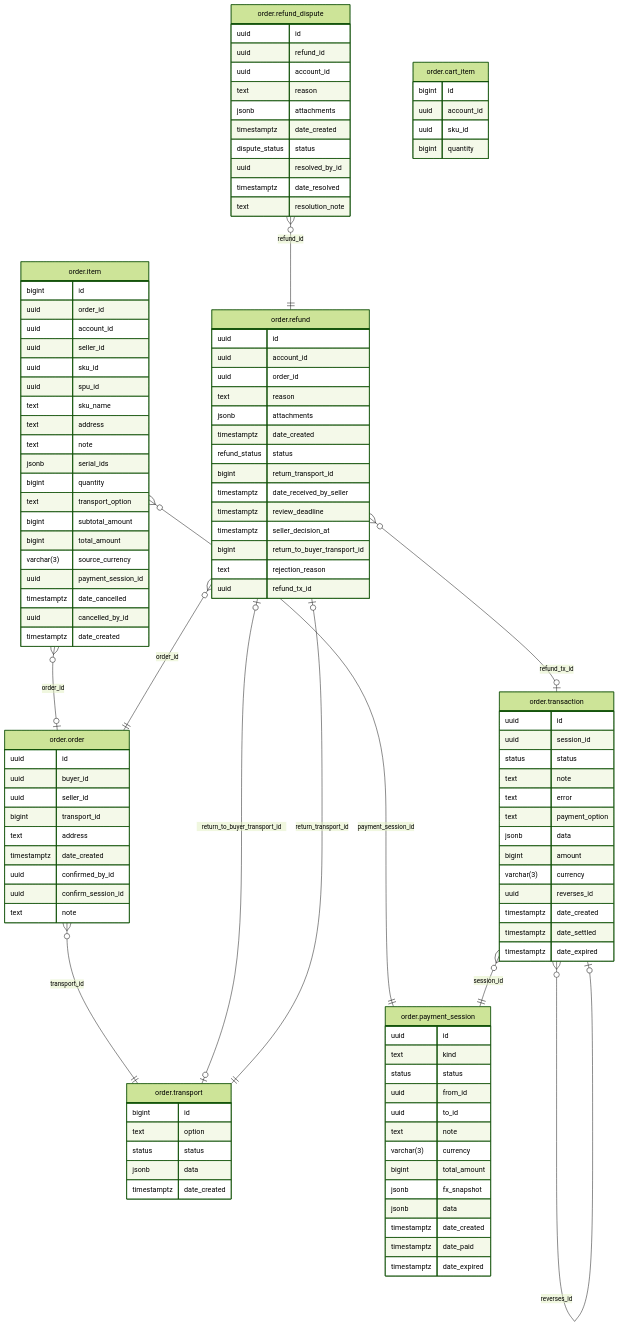
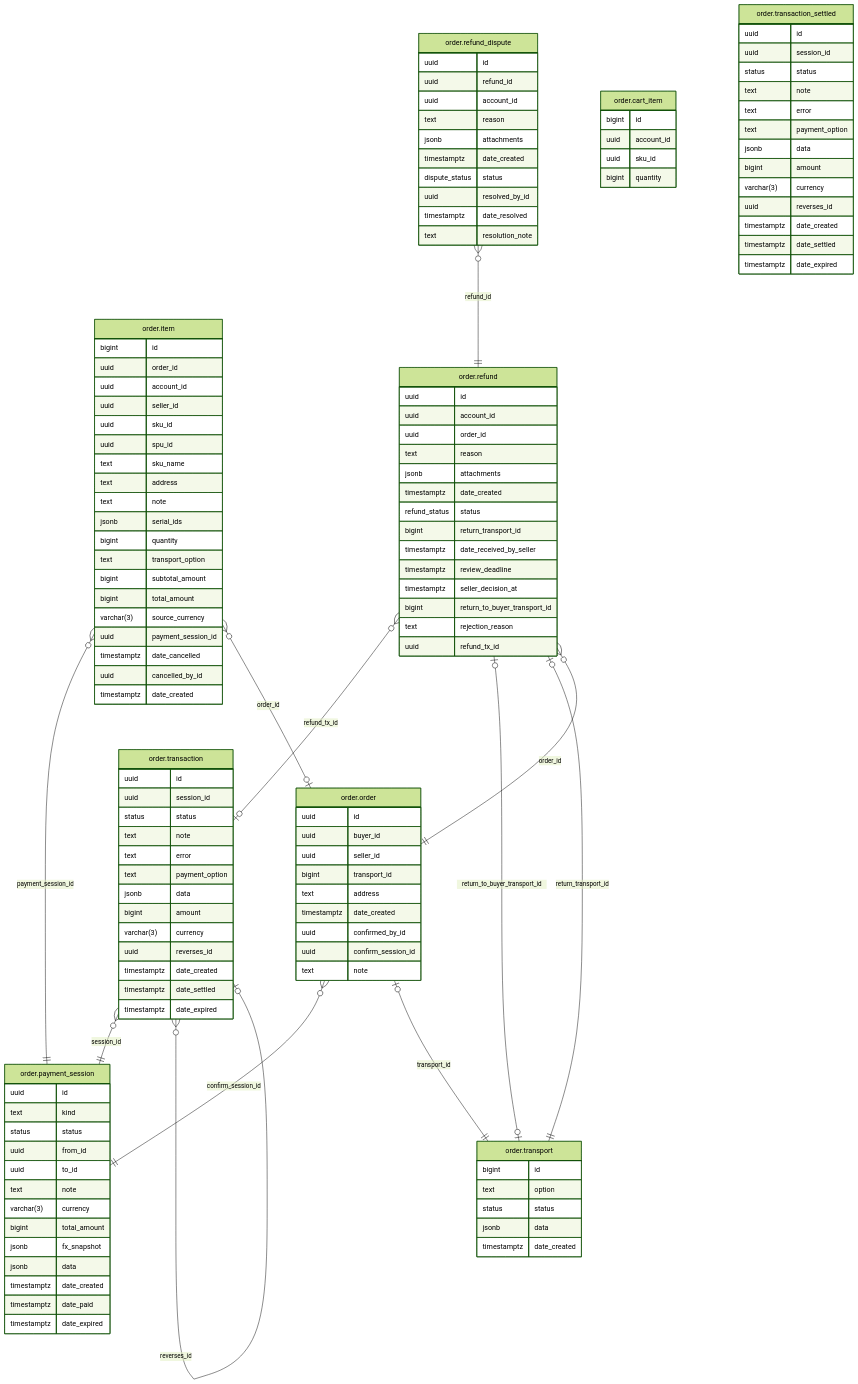
One commit to shopnexus/shopnexus-remastered changed the diagram in internal/module/order/README.md. Above: the diagram before and after it, drawn with Mermaid (forest theme). The commit also changed 50 other files, not shown here.

````diff
--- a/internal/module/order/README.md
+++ b/internal/module/order/README.md
@@ -8,14 +8,15 @@
 ```mermaid
 erDiagram
-"order.order" }o--|| "order.transport" : "transport_id"
-"order.item" }o--|o "order.order" : "order_id"
-"order.item" }o--|| "order.payment_session" : "payment_session_id"
 "order.transaction" }o--|| "order.payment_session" : "session_id"
 "order.transaction" }o--|o "order.transaction" : "reverses_id"
+"order.order" }o--|| "order.payment_session" : "confirm_session_id"
+"order.order" |o--|| "order.transport" : "transport_id"
+"order.item" }o--|| "order.payment_session" : "payment_session_id"
+"order.item" }o--|o "order.order" : "order_id"
+"order.refund" }o--|o "order.transaction" : "refund_tx_id"
 "order.refund" |o--|o "order.transport" : "return_to_buyer_transport_id"
 "order.refund" |o--|| "order.transport" : "return_transport_id"
 "order.refund" }o--|| "order.order" : "order_id"
-"order.refund" }o--|o "order.transaction" : "refund_tx_id"
 "order.refund_dispute" }o--|| "order.refund" : "refund_id"
 
 "order.cart_item" {
@@ -114,6 +115,21 @@
   timestamptz date_settled
   timestamptz date_expired
 }
+"order.transaction_settled" {
+  uuid id
+  uuid session_id
+  status status
+  text note
+  text error
+  text payment_option
+  jsonb data
+  bigint amount
+  varchar(3) currency
+  uuid reverses_id
+  timestamptz date_created
+  timestamptz date_settled
+  timestamptz date_expired
+}
 "order.transport" {
   bigint id
   text option
````
